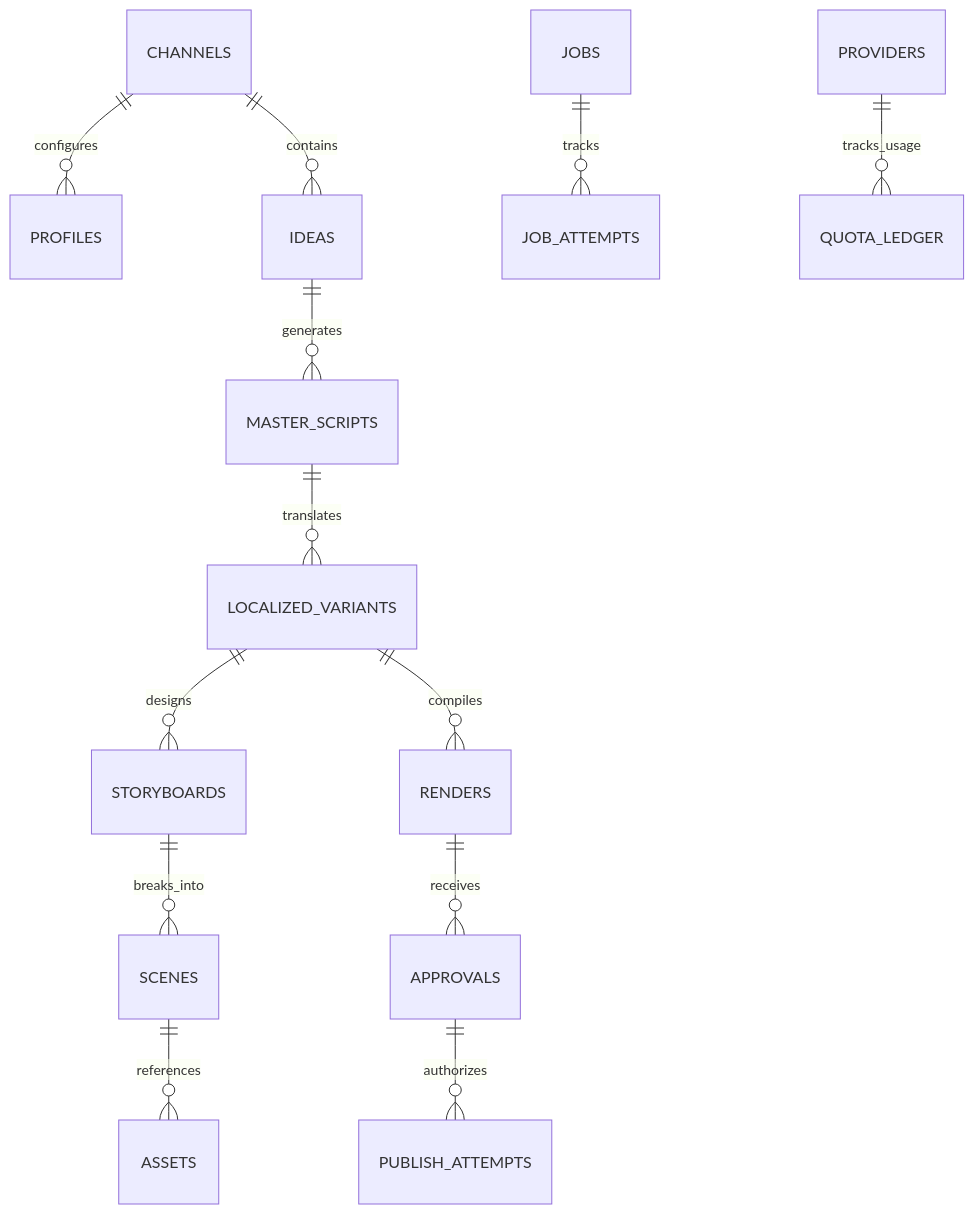
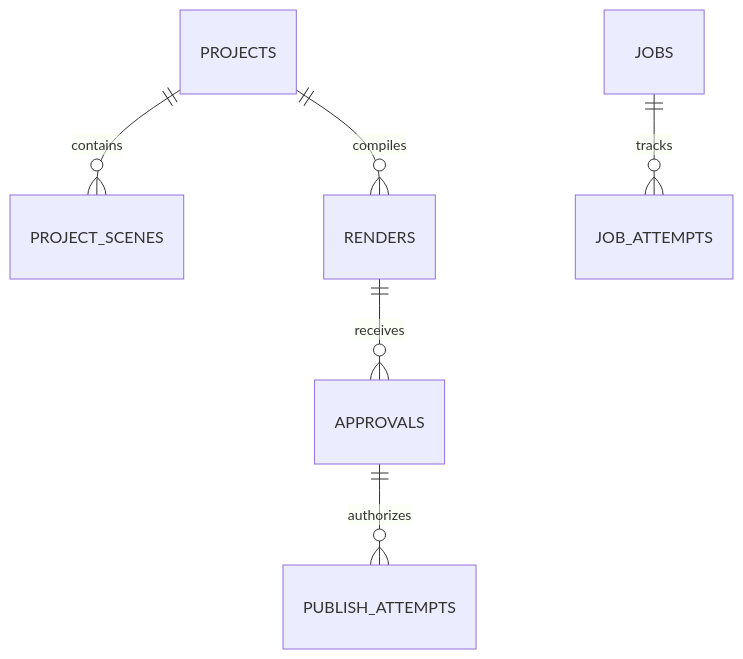
One commit to Naveen-671/AI-video-gen-automation changed the diagram in docs/ARCHITECTURE.md. Above: the diagram before and after it, drawn with Mermaid. The commit also changed other lines of this file and 74 other files, not shown here.

Commit message:
feat: complete end-to-end video pipeline with research, flow handoff, hybrid rendering, and multi-genre curiosity engine

````diff
--- a/docs/ARCHITECTURE.md
+++ b/docs/ARCHITECTURE.md
@@ -84,15 +79,8 @@
 ```mermaid
 erDiagram
-    CHANNELS ||--o{ PROFILES : configures
-    CHANNELS ||--o{ IDEAS : contains
-    IDEAS ||--o{ MASTER_SCRIPTS : generates
-    MASTER_SCRIPTS ||--o{ LOCALIZED_VARIANTS : translates
-    LOCALIZED_VARIANTS ||--o{ STORYBOARDS : designs
-    STORYBOARDS ||--o{ SCENES : breaks_into
-    SCENES ||--o{ ASSETS : references
-    LOCALIZED_VARIANTS ||--o{ RENDERS : compiles
+    PROJECTS ||--o{ PROJECT_SCENES : contains
+    PROJECTS ||--o{ RENDERS : compiles
     RENDERS ||--o{ APPROVALS : receives
     APPROVALS ||--o{ PUBLISH_ATTEMPTS : authorizes
     JOBS ||--o{ JOB_ATTEMPTS : tracks
-    PROVIDERS ||--o{ QUOTA_LEDGER : tracks_usage
 ```
````
